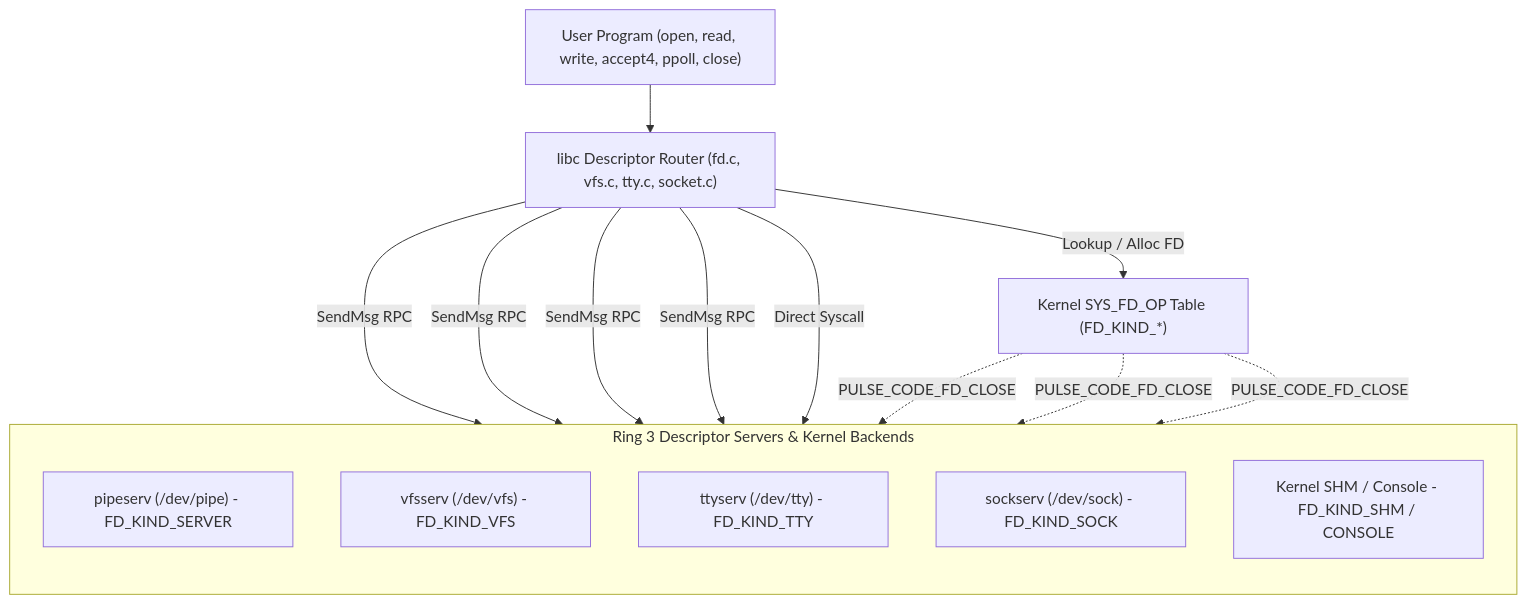
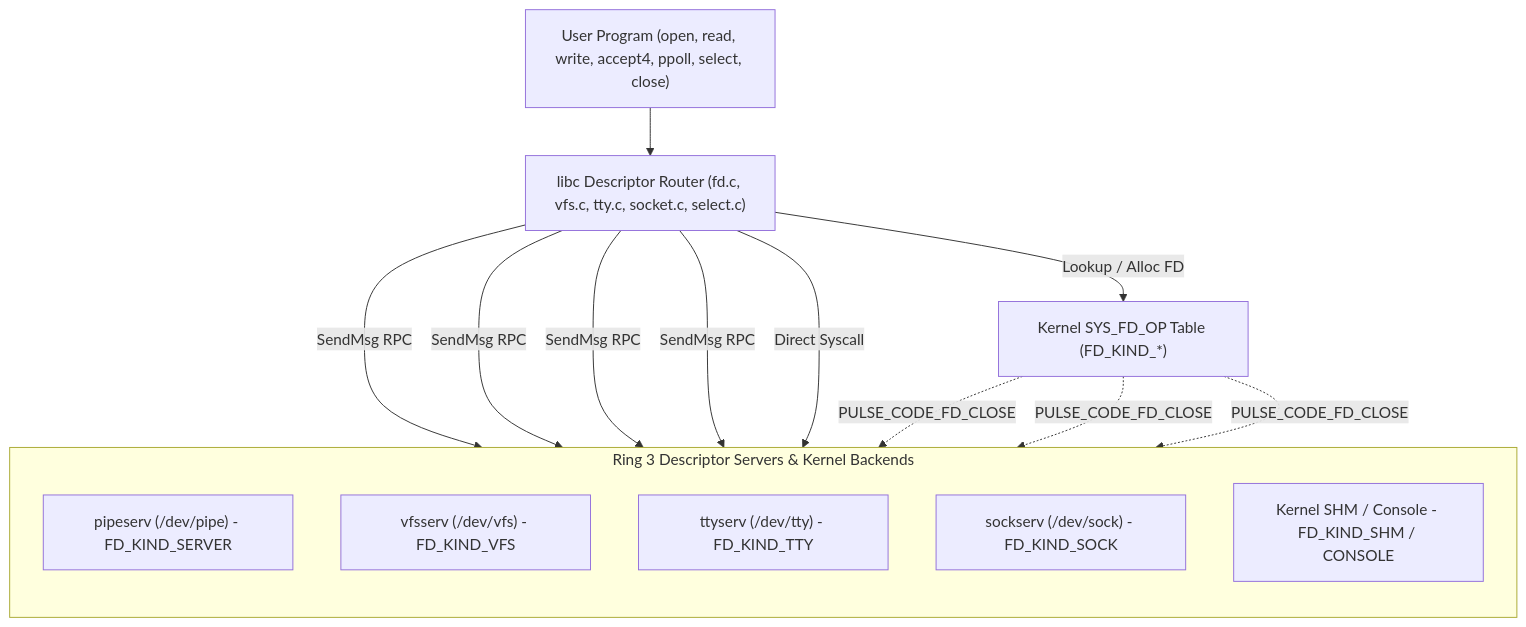
Before and after one commit to Deniz-Eren/microkernel: the third of 3 diagrams in docs/30-architecture/ipc.md, drawn with Mermaid. The commit also changed 35 other files, not shown here.

````diff
--- a/docs/30-architecture/ipc.md
+++ b/docs/30-architecture/ipc.md
@@ -83,26 +83,26 @@
 ```mermaid
 flowchart TD
-    APP["User Program (open, read, write, accept4, ppoll, close)"]
-    LIBC["libc Descriptor Router (fd.c, vfs.c, tty.c, socket.c)"]
+    APP["User Program (open, read, write, accept4, ppoll, select, close)"]
+    LIBC["libc Descriptor Router (fd.c, vfs.c, tty.c, socket.c, select.c)"]
     KFD["Kernel SYS_FD_OP Table (FD_KIND_*)"]
 
     subgraph SRVS["Ring 3 Descriptor Servers & Kernel Backends"]
         direction TB
         PIPE["pipeserv (/dev/pipe) - FD_KIND_SERVER"]
         VFS["vfsserv (/dev/vfs) - FD_KIND_VFS"]
         TTY["ttyserv (/dev/tty) - FD_KIND_TTY"]
         SOCK["sockserv (/dev/sock) - FD_KIND_SOCK"]
         SHM["Kernel SHM / Console - FD_KIND_SHM / CONSOLE"]
     end
 
     APP --> LIBC
     LIBC -->|"Lookup / Alloc FD"| KFD
     LIBC -->|"SendMsg RPC"| PIPE
     LIBC -->|"SendMsg RPC"| VFS
     LIBC -->|"SendMsg RPC"| TTY
     LIBC -->|"SendMsg RPC"| SOCK
     LIBC -->|"Direct Syscall"| SHM
     KFD -.->|"PULSE_CODE_FD_CLOSE"| PIPE
     KFD -.->|"PULSE_CODE_FD_CLOSE"| VFS
     KFD -.->|"PULSE_CODE_FD_CLOSE"| SOCK
 ```
````
